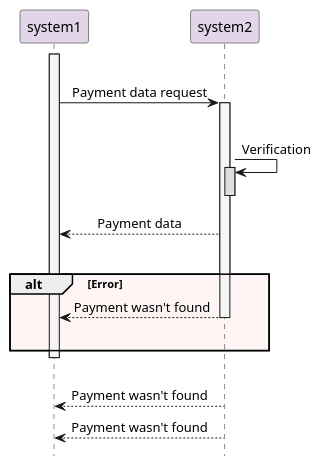
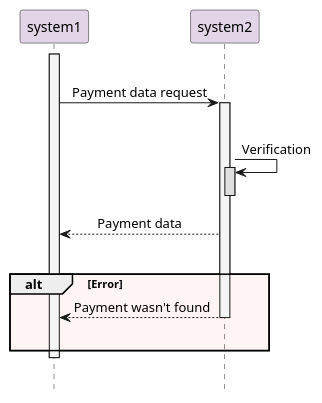
One commit to rynkovskii/instead_of_a_hundred_test_cases changed the diagram in docs/diagrams/test_plantuml.puml. Above: the diagram before and after it, drawn with PlantUML.

```diff
--- a/docs/diagrams/test_plantuml.puml
+++ b/docs/diagrams/test_plantuml.puml
@@ -1,35 +1,31 @@
 @startuml
 
 hide footbox
 skinparam sequenceMessageAlign center
 
 participant system1 as s1 #E1D5E7
 participant system2 as s2 #E1D5E7
 |||
 
 activate s1 #F5F5F5
 s1 -> s2: Payment data request
 activate s2 #F5F5F5
 |||
 
 s2 -> s2: Verification
 activate s2 #DFDFDF
 deactivate s2
 
 s1 <-- s2: Payment data
 |||
 
 alt #FFF5F5 Error
 s1 <-- s2: Payment wasn't found
 deactivate s2
 |||
 end
 
 deactivate s1
 |||
 
-s1 <-- s2: Payment wasn't found
-
-s1 <-- s2: Payment wasn't found
-
 @enduml
```
